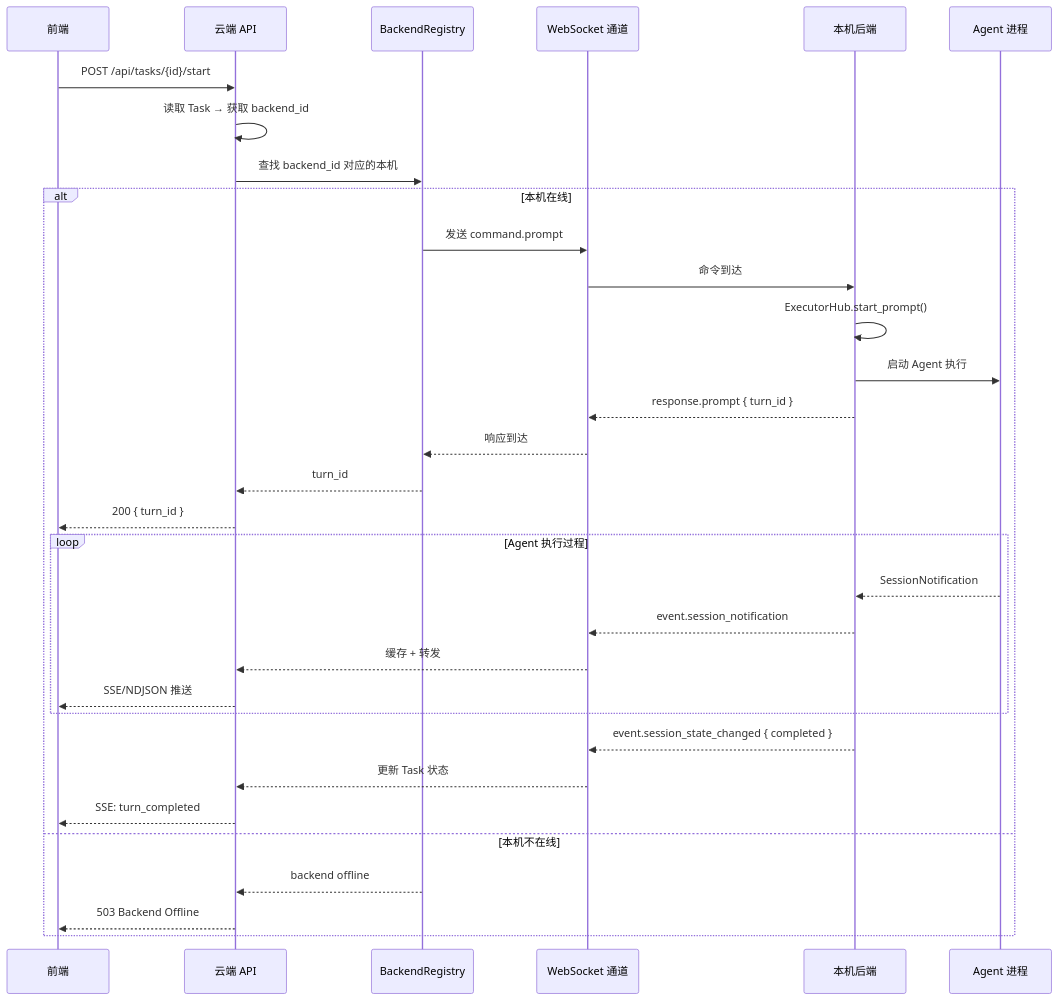
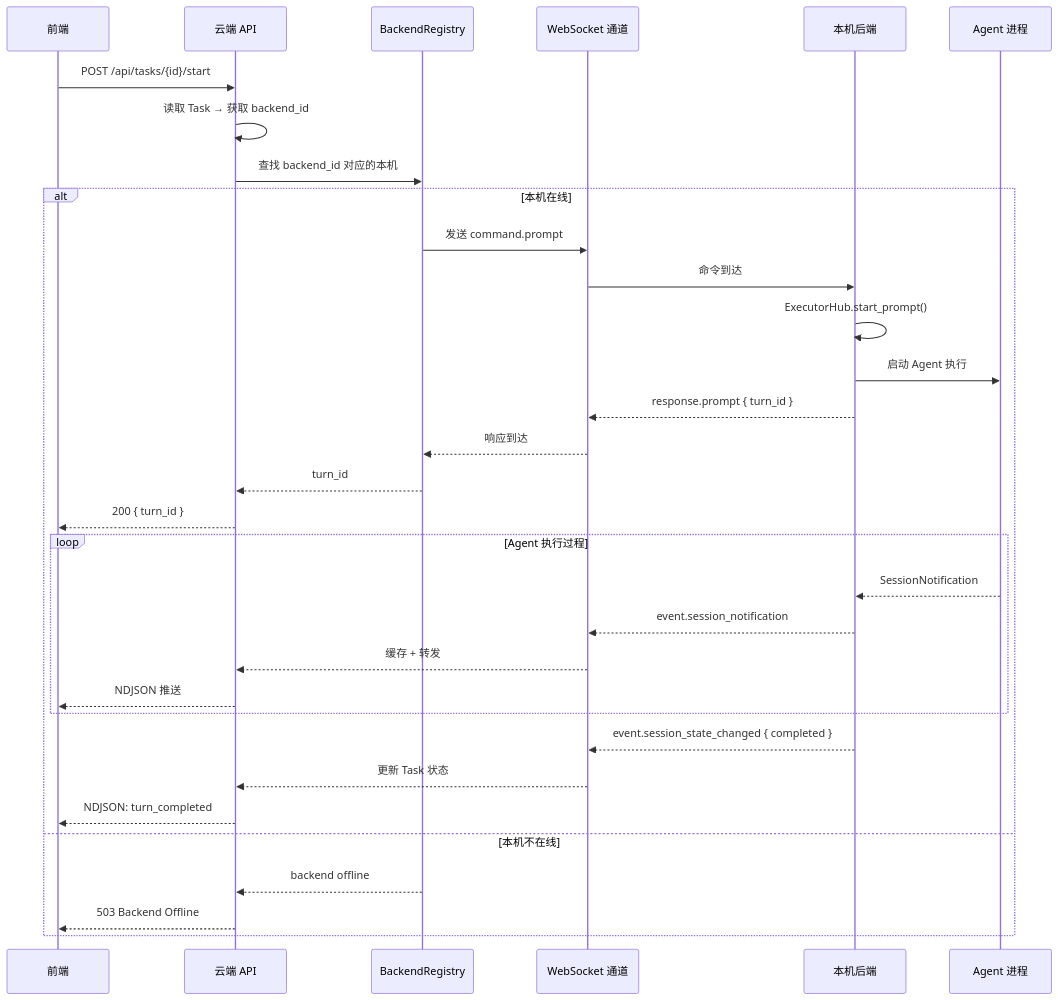
The diagram in docs/modules/09-relay.md (syan2018/AgentDash), drawn with Mermaid before and after one commit. The commit also changed other lines of this file and 27 other files, not shown here.

````diff
--- a/docs/modules/09-relay.md
+++ b/docs/modules/09-relay.md
@@ -230,38 +230,38 @@
 ```mermaid
 sequenceDiagram
     participant FE as 前端
     participant Cloud as 云端 API
     participant Registry as BackendRegistry
     participant WS as WebSocket 通道
     participant Local as 本机后端
     participant Agent as Agent 进程
 
     FE->>Cloud: POST /api/tasks/{id}/start
     Cloud->>Cloud: 读取 Task → 获取 backend_id
     Cloud->>Registry: 查找 backend_id 对应的本机
     
     alt 本机在线
         Registry->>WS: 发送 command.prompt
         WS->>Local: 命令到达
         Local->>Local: ExecutorHub.start_prompt()
         Local->>Agent: 启动 Agent 执行
         Local-->>WS: response.prompt { turn_id }
         WS-->>Registry: 响应到达
         Registry-->>Cloud: turn_id
         Cloud-->>FE: 200 { turn_id }
         
         loop Agent 执行过程
             Agent-->>Local: SessionNotification
             Local-->>WS: event.session_notification
             WS-->>Cloud: 缓存 + 转发
-            Cloud-->>FE: SSE/NDJSON 推送
+            Cloud-->>FE: NDJSON 推送
         end
         
         Local-->>WS: event.session_state_changed { completed }
         WS-->>Cloud: 更新 Task 状态
-        Cloud-->>FE: SSE: turn_completed
+        Cloud-->>FE: NDJSON: turn_completed
     else 本机不在线
         Registry-->>Cloud: backend offline
         Cloud-->>FE: 503 Backend Offline
     end
 ```
````
